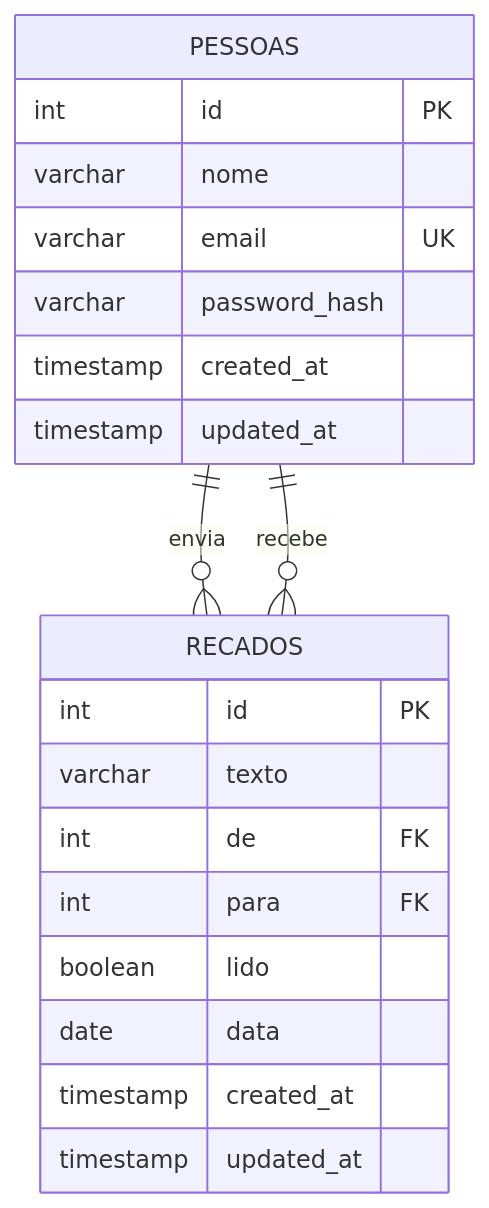
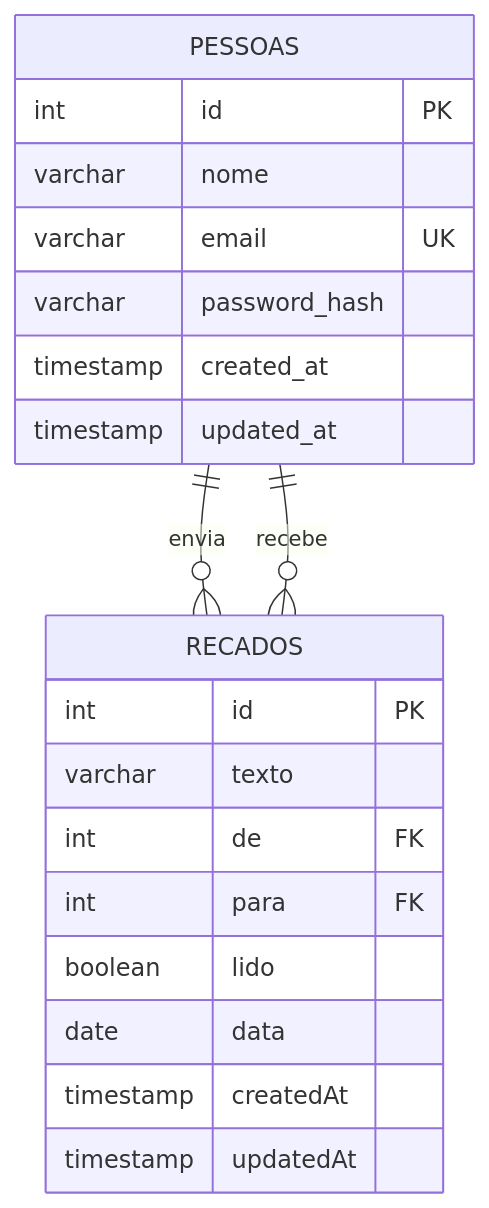
Before and after one commit to marreiro23/conceitos_nest: the diagram in docs/database/er-pessoas-recados.mmd, drawn with Mermaid. The commit also changed 21 other files, not shown here.

```diff
--- a/docs/database/er-pessoas-recados.mmd
+++ b/docs/database/er-pessoas-recados.mmd
@@ -1,23 +1,23 @@
 erDiagram
   PESSOAS {
     int id PK
     varchar nome
     varchar email UK
     varchar password_hash
     timestamp created_at
     timestamp updated_at
   }
 
   RECADOS {
     int id PK
     varchar texto
     int de FK
     int para FK
     boolean lido
     date data
-    timestamp created_at
-    timestamp updated_at
+    timestamp createdAt
+    timestamp updatedAt
   }
 
   PESSOAS ||--o{ RECADOS : envia
   PESSOAS ||--o{ RECADOS : recebe
```
